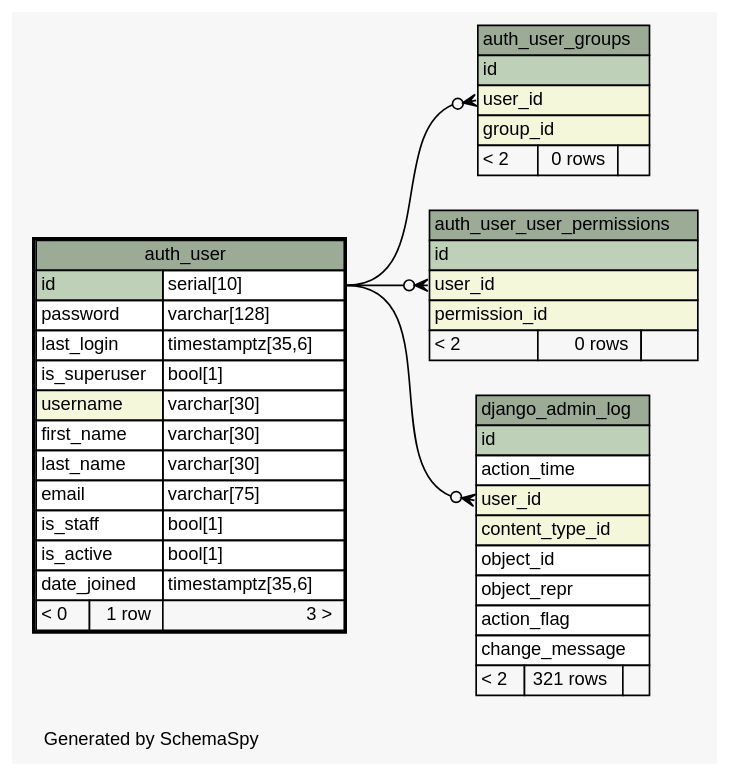
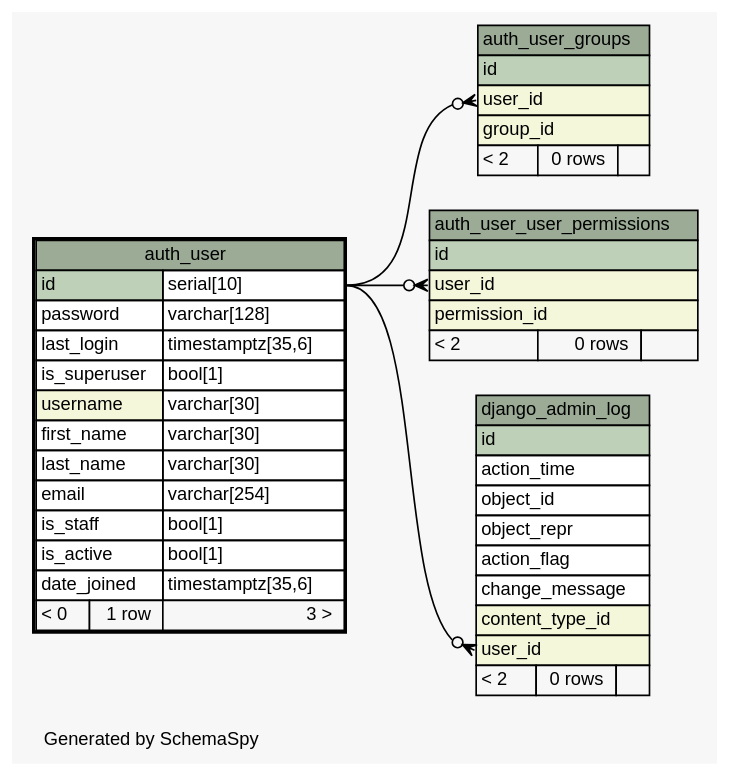
The diagram in database/schema/diagrams/auth_user.1degree.dot (jingyayeah/multiscale-galactose), drawn with Graphviz before and after one commit. The commit also changed 220 other files, not shown here.

Commit message:
Database schema updated & refactoring the Simulation Factories

```diff
--- a/database/schema/diagrams/auth_user.1degree.dot
+++ b/database/schema/diagrams/auth_user.1degree.dot
@@ -1,86 +1,86 @@
-// dot 2.26.3 on Linux 3.11.0-12-generic
+// dot 2.36.0 on Linux 3.13.0-43-generic
 // SchemaSpy rev 590
 digraph "oneDegreeRelationshipsDiagram" {
   graph [
     rankdir="RL"
     bgcolor="#f7f7f7"
     label="\nGenerated by SchemaSpy"
     labeljust="l"
     nodesep="0.18"
     ranksep="0.46"
     fontname="Helvetica"
     fontsize="11"
   ];
   node [
     fontname="Helvetica"
     fontsize="11"
     shape="plaintext"
   ];
   edge [
     arrowsize="0.8"
   ];
   "auth_user_groups":"user_id":w -> "auth_user":"id.type":e [arrowhead=none dir=back arrowtail=crowodot];
   "auth_user_user_permissions":"user_id":w -> "auth_user":"id.type":e [arrowhead=none dir=back arrowtail=crowodot];
   "django_admin_log":"user_id":w -> "auth_user":"id.type":e [arrowhead=none dir=back arrowtail=crowodot];
   "auth_user" [
     label=<
     <TABLE BORDER="2" CELLBORDER="1" CELLSPACING="0" BGCOLOR="#ffffff">
       <TR><TD COLSPAN="3" BGCOLOR="#9bab96" ALIGN="CENTER">auth_user</TD></TR>
       <TR><TD PORT="id" COLSPAN="2" BGCOLOR="#bed1b8" ALIGN="LEFT">id</TD><TD PORT="id.type" ALIGN="LEFT">serial[10]</TD></TR>
       <TR><TD PORT="password" COLSPAN="2" ALIGN="LEFT">password</TD><TD PORT="password.type" ALIGN="LEFT">varchar[128]</TD></TR>
       <TR><TD PORT="last_login" COLSPAN="2" ALIGN="LEFT">last_login</TD><TD PORT="last_login.type" ALIGN="LEFT">timestamptz[35,6]</TD></TR>
       <TR><TD PORT="is_superuser" COLSPAN="2" ALIGN="LEFT">is_superuser</TD><TD PORT="is_superuser.type" ALIGN="LEFT">bool[1]</TD></TR>
       <TR><TD PORT="username" COLSPAN="2" BGCOLOR="#f4f7da" ALIGN="LEFT">username</TD><TD PORT="username.type" ALIGN="LEFT">varchar[30]</TD></TR>
       <TR><TD PORT="first_name" COLSPAN="2" ALIGN="LEFT">first_name</TD><TD PORT="first_name.type" ALIGN="LEFT">varchar[30]</TD></TR>
       <TR><TD PORT="last_name" COLSPAN="2" ALIGN="LEFT">last_name</TD><TD PORT="last_name.type" ALIGN="LEFT">varchar[30]</TD></TR>
-      <TR><TD PORT="email" COLSPAN="2" ALIGN="LEFT">email</TD><TD PORT="email.type" ALIGN="LEFT">varchar[75]</TD></TR>
+      <TR><TD PORT="email" COLSPAN="2" ALIGN="LEFT">email</TD><TD PORT="email.type" ALIGN="LEFT">varchar[254]</TD></TR>
       <TR><TD PORT="is_staff" COLSPAN="2" ALIGN="LEFT">is_staff</TD><TD PORT="is_staff.type" ALIGN="LEFT">bool[1]</TD></TR>
       <TR><TD PORT="is_active" COLSPAN="2" ALIGN="LEFT">is_active</TD><TD PORT="is_active.type" ALIGN="LEFT">bool[1]</TD></TR>
       <TR><TD PORT="date_joined" COLSPAN="2" ALIGN="LEFT">date_joined</TD><TD PORT="date_joined.type" ALIGN="LEFT">timestamptz[35,6]</TD></TR>
       <TR><TD ALIGN="LEFT" BGCOLOR="#f7f7f7">&lt; 0</TD><TD ALIGN="RIGHT" BGCOLOR="#f7f7f7">1 row</TD><TD ALIGN="RIGHT" BGCOLOR="#f7f7f7">3 &gt;</TD></TR>
     </TABLE>>
     URL="auth_user.html"
     tooltip="auth_user"
   ];
   "auth_user_groups" [
     label=<
     <TABLE BORDER="0" CELLBORDER="1" CELLSPACING="0" BGCOLOR="#ffffff">
       <TR><TD COLSPAN="3" BGCOLOR="#9bab96" ALIGN="CENTER">auth_user_groups</TD></TR>
       <TR><TD PORT="id" COLSPAN="3" BGCOLOR="#bed1b8" ALIGN="LEFT">id</TD></TR>
       <TR><TD PORT="user_id" COLSPAN="3" BGCOLOR="#f4f7da" ALIGN="LEFT">user_id</TD></TR>
       <TR><TD PORT="group_id" COLSPAN="3" BGCOLOR="#f4f7da" ALIGN="LEFT">group_id</TD></TR>
       <TR><TD ALIGN="LEFT" BGCOLOR="#f7f7f7">&lt; 2</TD><TD ALIGN="RIGHT" BGCOLOR="#f7f7f7">0 rows</TD><TD ALIGN="RIGHT" BGCOLOR="#f7f7f7">  </TD></TR>
     </TABLE>>
     URL="auth_user_groups.html"
     tooltip="auth_user_groups"
   ];
   "auth_user_user_permissions" [
     label=<
     <TABLE BORDER="0" CELLBORDER="1" CELLSPACING="0" BGCOLOR="#ffffff">
       <TR><TD COLSPAN="3" BGCOLOR="#9bab96" ALIGN="CENTER">auth_user_user_permissions</TD></TR>
       <TR><TD PORT="id" COLSPAN="3" BGCOLOR="#bed1b8" ALIGN="LEFT">id</TD></TR>
       <TR><TD PORT="user_id" COLSPAN="3" BGCOLOR="#f4f7da" ALIGN="LEFT">user_id</TD></TR>
       <TR><TD PORT="permission_id" COLSPAN="3" BGCOLOR="#f4f7da" ALIGN="LEFT">permission_id</TD></TR>
       <TR><TD ALIGN="LEFT" BGCOLOR="#f7f7f7">&lt; 2</TD><TD ALIGN="RIGHT" BGCOLOR="#f7f7f7">0 rows</TD><TD ALIGN="RIGHT" BGCOLOR="#f7f7f7">  </TD></TR>
     </TABLE>>
     URL="auth_user_user_permissions.html"
     tooltip="auth_user_user_permissions"
   ];
   "django_admin_log" [
     label=<
     <TABLE BORDER="0" CELLBORDER="1" CELLSPACING="0" BGCOLOR="#ffffff">
       <TR><TD COLSPAN="3" BGCOLOR="#9bab96" ALIGN="CENTER">django_admin_log</TD></TR>
       <TR><TD PORT="id" COLSPAN="3" BGCOLOR="#bed1b8" ALIGN="LEFT">id</TD></TR>
       <TR><TD PORT="action_time" COLSPAN="3" ALIGN="LEFT">action_time</TD></TR>
-      <TR><TD PORT="user_id" COLSPAN="3" BGCOLOR="#f4f7da" ALIGN="LEFT">user_id</TD></TR>
-      <TR><TD PORT="content_type_id" COLSPAN="3" BGCOLOR="#f4f7da" ALIGN="LEFT">content_type_id</TD></TR>
       <TR><TD PORT="object_id" COLSPAN="3" ALIGN="LEFT">object_id</TD></TR>
       <TR><TD PORT="object_repr" COLSPAN="3" ALIGN="LEFT">object_repr</TD></TR>
       <TR><TD PORT="action_flag" COLSPAN="3" ALIGN="LEFT">action_flag</TD></TR>
       <TR><TD PORT="change_message" COLSPAN="3" ALIGN="LEFT">change_message</TD></TR>
-      <TR><TD ALIGN="LEFT" BGCOLOR="#f7f7f7">&lt; 2</TD><TD ALIGN="RIGHT" BGCOLOR="#f7f7f7">321 rows</TD><TD ALIGN="RIGHT" BGCOLOR="#f7f7f7">  </TD></TR>
+      <TR><TD PORT="content_type_id" COLSPAN="3" BGCOLOR="#f4f7da" ALIGN="LEFT">content_type_id</TD></TR>
+      <TR><TD PORT="user_id" COLSPAN="3" BGCOLOR="#f4f7da" ALIGN="LEFT">user_id</TD></TR>
+      <TR><TD ALIGN="LEFT" BGCOLOR="#f7f7f7">&lt; 2</TD><TD ALIGN="RIGHT" BGCOLOR="#f7f7f7">0 rows</TD><TD ALIGN="RIGHT" BGCOLOR="#f7f7f7">  </TD></TR>
     </TABLE>>
     URL="django_admin_log.html"
     tooltip="django_admin_log"
   ];
 }
```
